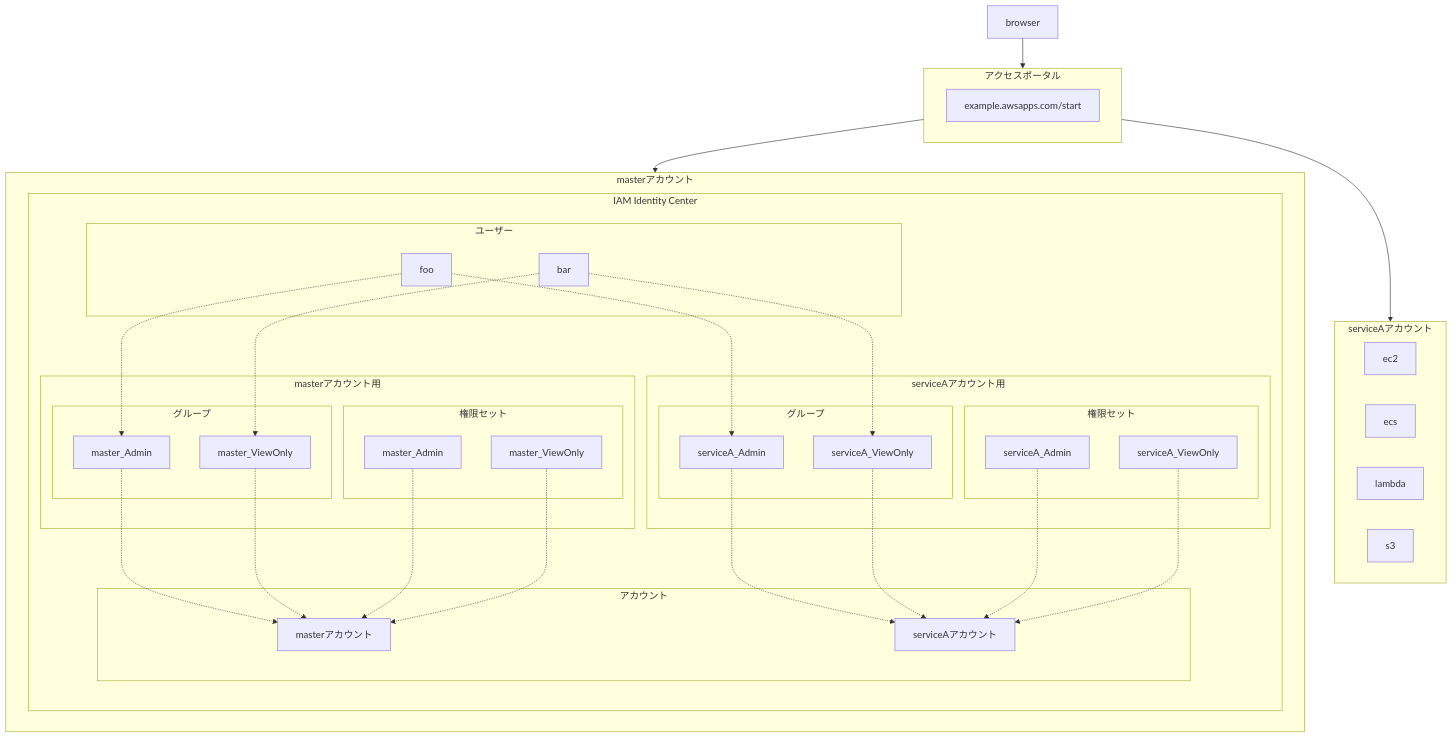
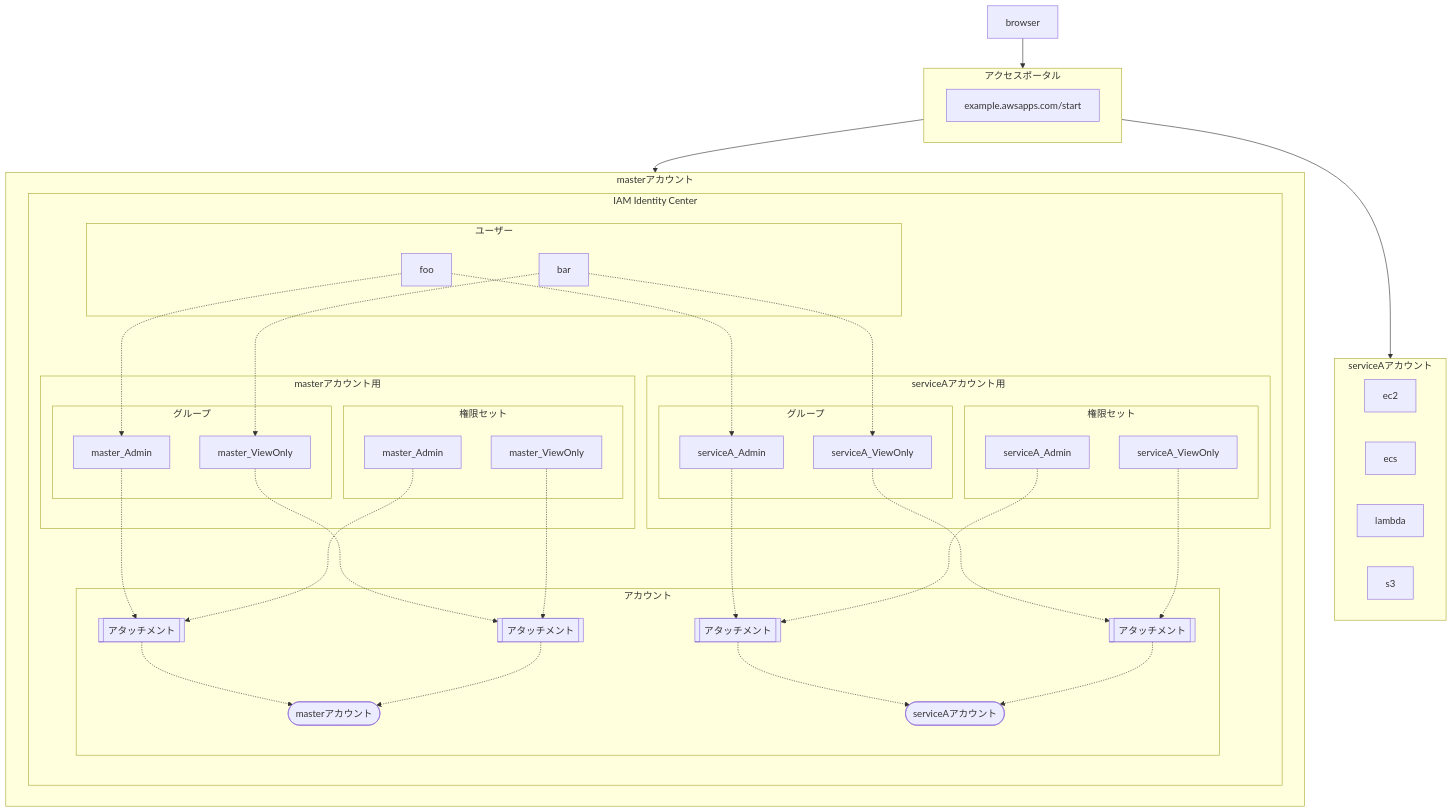
The diagram in draft_entries/6802418398344602127.md (guitarrapc/blog), drawn with Mermaid before and after one commit. The commit also changed other lines of this file, not shown here.

````diff
--- a/draft_entries/6802418398344602127.md
+++ b/draft_entries/6802418398344602127.md
@@ -36,63 +36,73 @@
 ```mermaid
 flowchart TD
   subgraph access[アクセスポータル]
     url[example.awsapps.com/start]
   end
   subgraph master[masterアカウント]
     subgraph iam[IAM Identity Center]
       subgraph ユーザー
         user1[foo]
         user2[bar]
       end
       subgraph for_master[masterアカウント用]
         subgraph group_master[グループ]
           group1[master_Admin]
           group2[master_ViewOnly]
         end
         subgraph permission_master[権限セット]
           permission1[master_Admin]
           permission2[master_ViewOnly]
         end
       end
       subgraph for_serviceA[serviceAアカウント用]
         subgraph group_serviceA[グループ]
           group3[serviceA_Admin]
           group4[serviceA_ViewOnly]
         end
         subgraph permission_serviceA[権限セット]
           permission3[serviceA_Admin]
           permission4[serviceA_ViewOnly]
         end
       end
       subgraph account[アカウント]
-        account_master[masterアカウント]
-        account_serviceA[serviceAアカウント]
+        master_admin[["アタッチメント"]]
+        master_viewonly[["アタッチメント"]]
+        account_master([masterアカウント])
+
+        serviceA_admin[["アタッチメント"]]
+        serviceA_viewonly[["アタッチメント"]]
+        account_serviceA([serviceAアカウント])
       end
     end
   end
   subgraph serviceA[serviceAアカウント]
     ec2_2[ec2]
     ecs_2[ecs]
     lambda_2[lambda]
     s3_2[s3]
   end
 
   user1 -.-> group1
   user1 -.-> group3
   user2 -.-> group2
   user2 -.-> group4
 
-  group1 -.-> account_master
-  group2 -.-> account_master
-  permission1 -.-> account_master
-  permission2 -.-> account_master
+  group1 -.-> master_admin
+  group2 -.-> master_viewonly
+  permission1 -.-> master_admin
+  permission2 -.-> master_viewonly
 
-  group3 -.-> account_serviceA
-  group4 -.-> account_serviceA
-  permission3 -.-> account_serviceA
-  permission4 -.-> account_serviceA
+  group3 -.-> serviceA_admin
+  group4 -.-> serviceA_viewonly
+  permission3 -.-> serviceA_admin
+  permission4 -.-> serviceA_viewonly
+
+  master_admin -.-> account_master
+  master_viewonly -.-> account_master
+  serviceA_admin -.-> account_serviceA
+  serviceA_viewonly -.-> account_serviceA
 
   browser --> access
   access --> master
   access --> serviceA
 ```
````
